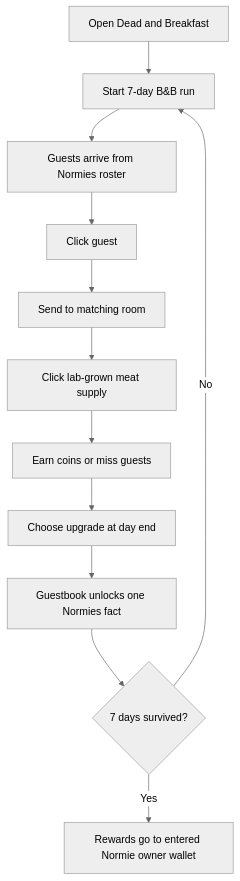
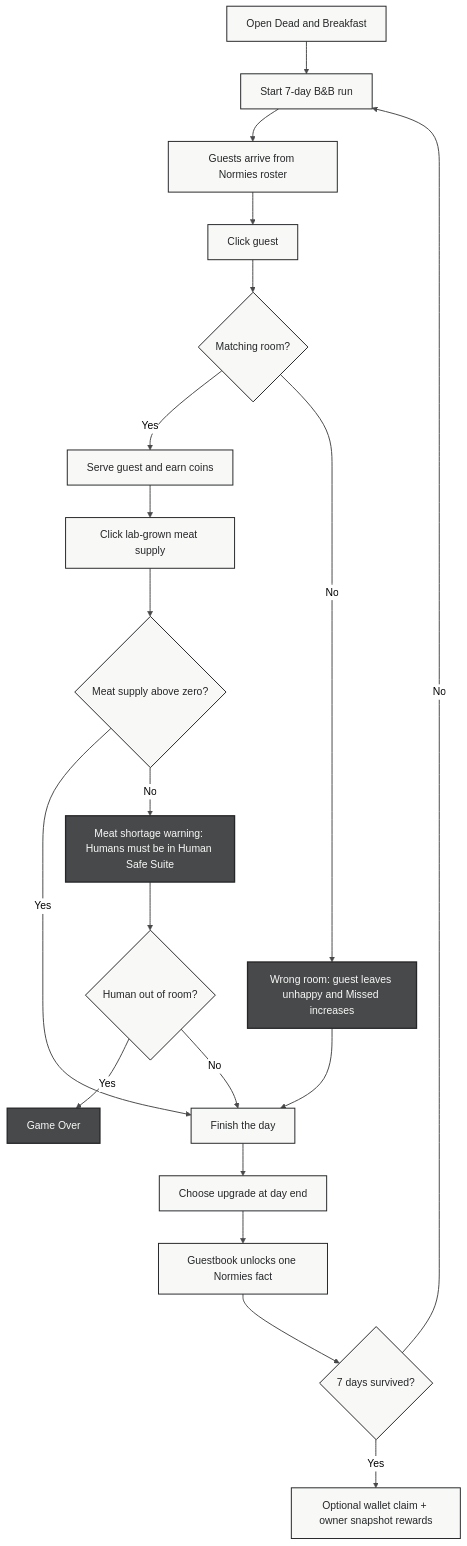
One commit to bitpixi2/dead-and-breakfast changed the second of 2 diagrams in README.md. Above: the diagram before and after it, drawn with Mermaid (neutral theme). The commit also changed other lines of this file and 15 other files, not shown here.

````diff
--- a/README.md
+++ b/README.md
@@ -68,14 +73,27 @@
 ```mermaid
 flowchart TD
   A["Open Dead and Breakfast"] --> B["Start 7-day B&B run"]
   B --> C["Guests arrive from Normies roster"]
   C --> D["Click guest"]
-  D --> E["Send to matching room"]
-  E --> F["Click lab-grown meat supply"]
-  F --> G["Earn coins or miss guests"]
-  G --> H["Choose upgrade at day end"]
-  H --> I["Guestbook unlocks one Normies fact"]
-  I --> J{"7 days survived?"}
-  J -->|No| B
-  J -->|Yes| K["Rewards go to entered Normie owner wallet"]
+  D --> E{"Matching room?"}
+  E -->|Yes| F["Serve guest and earn coins"]
+  E -->|No| W1["Wrong room: guest leaves unhappy and Missed increases"]
+  F --> G["Click lab-grown meat supply"]
+  G --> H{"Meat supply above zero?"}
+  H -->|Yes| I["Finish the day"]
+  H -->|No| W2["Meat shortage warning: Humans must be in Human Safe Suite"]
+  W2 --> J{"Human out of room?"}
+  J -->|Yes| W3["Game Over"]
+  J -->|No| I
+  W1 --> I
+  I --> K["Choose upgrade at day end"]
+  K --> L["Guestbook unlocks one Normies fact"]
+  L --> M{"7 days survived?"}
+  M -->|No| B
+  M -->|Yes| N["Optional wallet claim + owner snapshot rewards"]
+
+  classDef default fill:#f8f9f7,color:#252628,stroke:#252628,stroke-width:1.5px;
+  classDef warning fill:#48494b,color:#f8f9f7,stroke:#252628,stroke-width:2px;
+  class W1,W2,W3 warning;
+  linkStyle default stroke:#48494b,stroke-width:1.5px;
 ```
````
